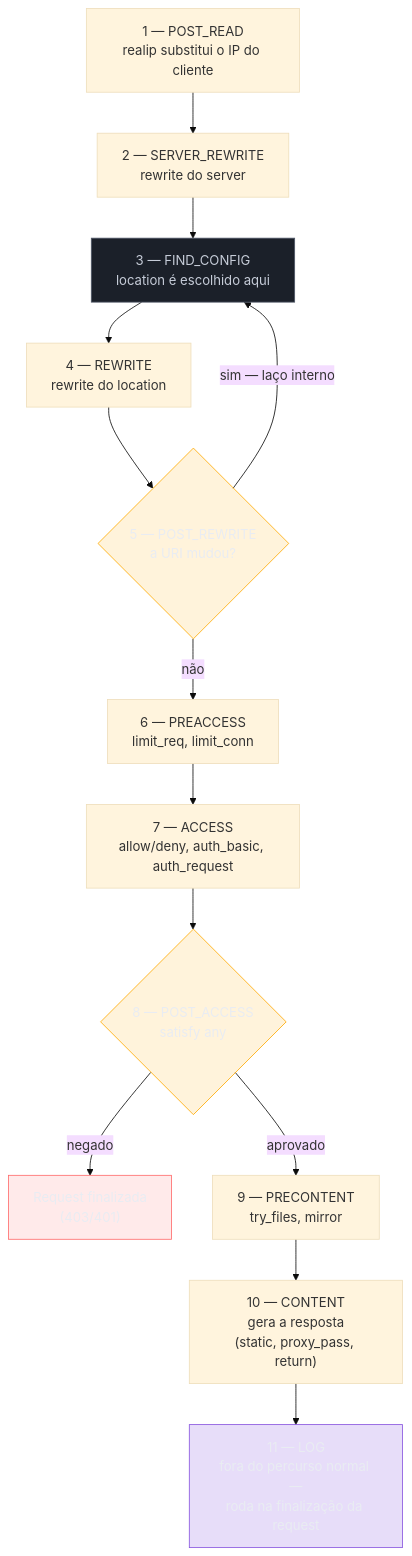
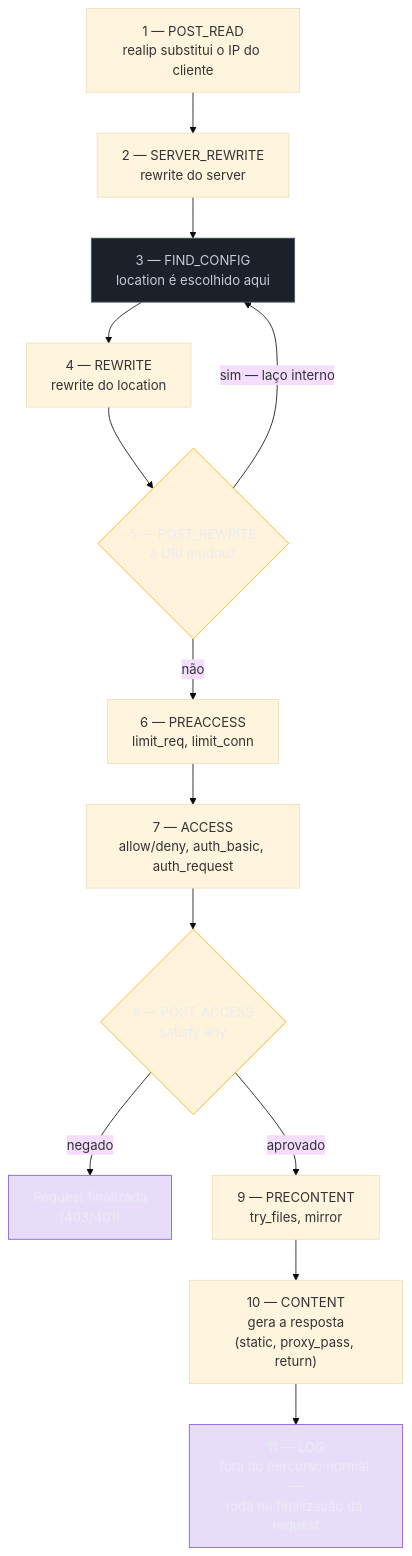
Before and after one commit to josenaldo/codex-technomanticus: the diagram in 03-Dominios/Tecnologia/Infraestrutura/Nginx/05 - O ciclo de vida de uma request.md, drawn with Mermaid (base theme). The commit also changed 601 other files, not shown here.

````diff
--- a/03-Dominios/Tecnologia/Infraestrutura/Nginx/05 - O ciclo de vida de uma request.md
+++ b/03-Dominios/Tecnologia/Infraestrutura/Nginx/05 - O ciclo de vida de uma request.md
@@ -61,25 +61,24 @@
 ```mermaid
 graph TB
     classDef neutro fill:#1B2029,stroke:#4E5666,color:#C6CCD8
     classDef destaque fill:#FFAA0024,stroke:#FFAA00,color:#E9ECF2
     classDef marca fill:#8855DF33,stroke:#8855DF,color:#E9ECF2
-    classDef falha fill:#FF6B6B24,stroke:#FF6B6B,color:#E9ECF2
     P1["1 — POST_READ<br/>realip substitui o IP do cliente"] --> P2["2 — SERVER_REWRITE<br/>rewrite do server"]
     P2 --> P3["3 — FIND_CONFIG<br/>location é escolhido aqui"]
     P3 --> P4["4 — REWRITE<br/>rewrite do location"]
     P4 --> P5{"5 — POST_REWRITE<br/>a URI mudou?"}
     P5 -->|"sim — laço interno"| P3
     P5 -->|"não"| P6["6 — PREACCESS<br/>limit_req, limit_conn"]
     P6 --> P7["7 — ACCESS<br/>allow/deny, auth_basic, auth_request"]
     P7 --> P8{"8 — POST_ACCESS<br/>satisfy any"}
     P8 -->|"negado"| FIM["Request finalizada<br/>(403/401)"]
     P8 -->|"aprovado"| P9["9 — PRECONTENT<br/>try_files, mirror"]
     P9 --> P10["10 — CONTENT<br/>gera a resposta<br/>(static, proxy_pass, return)"]
     P10 --> P11["11 — LOG<br/>fora do percurso normal —<br/>roda na finalização da request"]
 
     class P3 neutro
     class P5 destaque
     class P8 destaque
     class P11 marca
-    class FIM falha
+    class FIM marca
 ```
````
